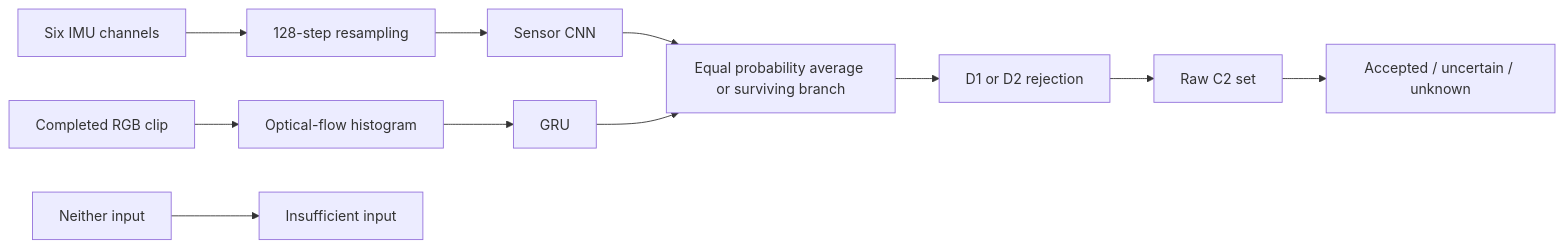
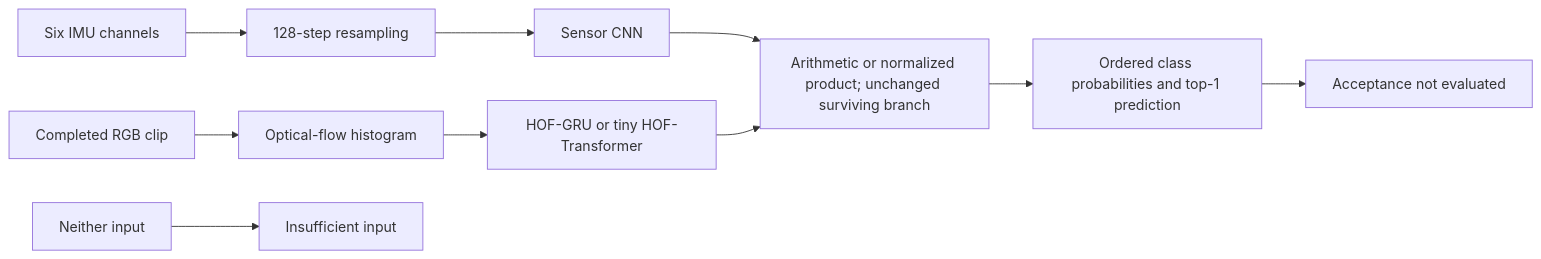
One commit to shulm/multimodal-har-rgb-imu changed the diagram in docs/architecture.mmd. Above: the diagram before and after it, drawn with Mermaid. The commit also changed 39 other files, not shown here.

Commit message:
Add full-dataset GRU and Transformer inference portfolio

```diff
--- a/docs/architecture.mmd
+++ b/docs/architecture.mmd
@@ -1,9 +1,8 @@
 flowchart LR
   IMU[Six IMU channels] --> R[128-step resampling] --> S[Sensor CNN]
-  RGB[Completed RGB clip] --> H[Optical-flow histogram] --> V[GRU]
-  S --> F[Equal probability average or surviving branch]
+  RGB[Completed RGB clip] --> H[Optical-flow histogram] --> V[HOF-GRU or tiny HOF-Transformer]
+  S --> F[Arithmetic or normalized product; unchanged surviving branch]
   V --> F
-  F --> O[D1 or D2 rejection]
-  O --> C[Raw C2 set]
-  C --> A[Accepted / uncertain / unknown]
+  F --> O[Ordered class probabilities and top-1 prediction]
+  O --> C[Acceptance not evaluated]
   N[Neither input] --> M[Insufficient input]
```
